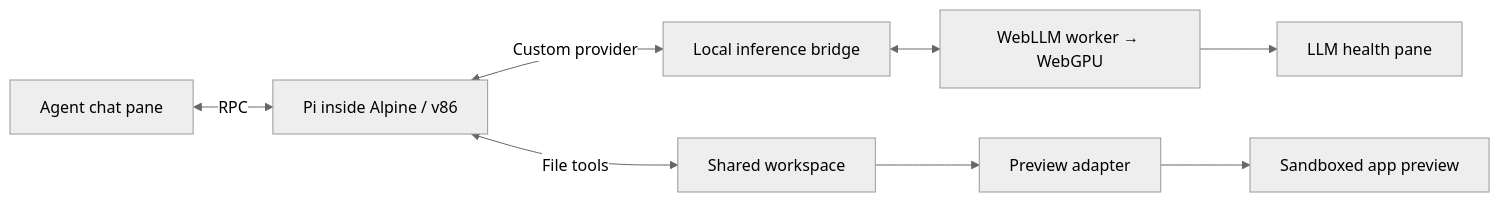
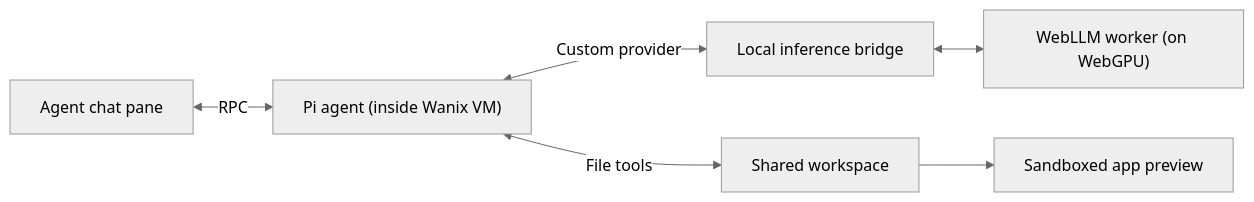
The diagram in README.md (rhizomatous/fieldwork), drawn with Mermaid (neutral theme) before and after one commit. The commit also changed other lines of this file and 4 other files, not shown here.

````diff
--- a/README.md
+++ b/README.md
@@ -23,10 +27,8 @@
 ```mermaid
 flowchart LR
-    UI["Agent chat pane"] <-->|RPC| P["Pi inside Alpine / v86"]
+    UI["Agent chat pane"] <-->|RPC| P["Pi agent (inside Wanix VM)"]
     P <-->|Custom provider| B["Local inference bridge"]
-    B <--> W["WebLLM worker → WebGPU"]
-    W --> D["LLM health pane"]
+    B <--> W["WebLLM worker (on WebGPU)"]
     P <-->|File tools| F["Shared workspace"]
-    F --> R["Preview adapter"]
-    R --> I["Sandboxed app preview"]
+    F --> I["Sandboxed app preview"]
 ```
````
